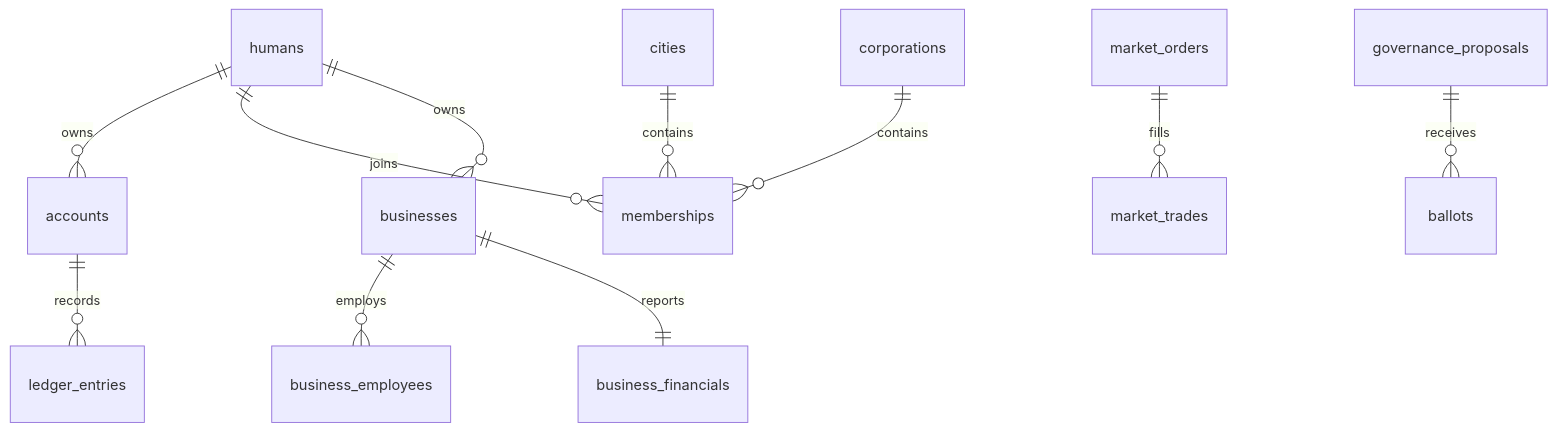
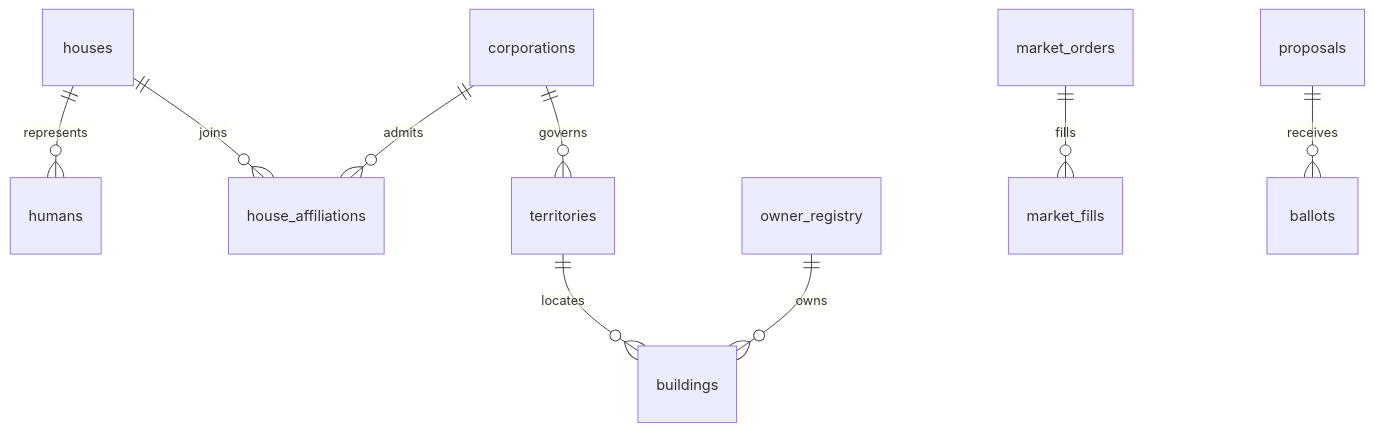
One commit to nohainc/earth changed the diagram in docs/SCHEMA_ERD.md. Above: the diagram before and after it, drawn with Mermaid. The commit also changed other lines of this file and 92 other files, not shown here.

Commit message:
Freeze Corporation Territory architecture

````diff
--- a/docs/SCHEMA_ERD.md
+++ b/docs/SCHEMA_ERD.md
@@ -3,13 +3,11 @@
 ```mermaid
 erDiagram
-  humans ||--o{ accounts : owns
-  accounts ||--o{ ledger_entries : records
-  humans ||--o{ memberships : joins
-  cities ||--o{ memberships : contains
-  corporations ||--o{ memberships : contains
-  humans ||--o{ businesses : owns
-  businesses ||--o{ business_employees : employs
-  businesses ||--|| business_financials : reports
-  market_orders ||--o{ market_trades : fills
-  governance_proposals ||--o{ ballots : receives
+  houses ||--o{ humans : represents
+  houses ||--o{ house_affiliations : joins
+  corporations ||--o{ house_affiliations : admits
+  corporations ||--o{ territories : governs
+  territories ||--o{ buildings : locates
+  owner_registry ||--o{ buildings : owns
+  market_orders ||--o{ market_fills : fills
+  proposals ||--o{ ballots : receives
 ```
````
